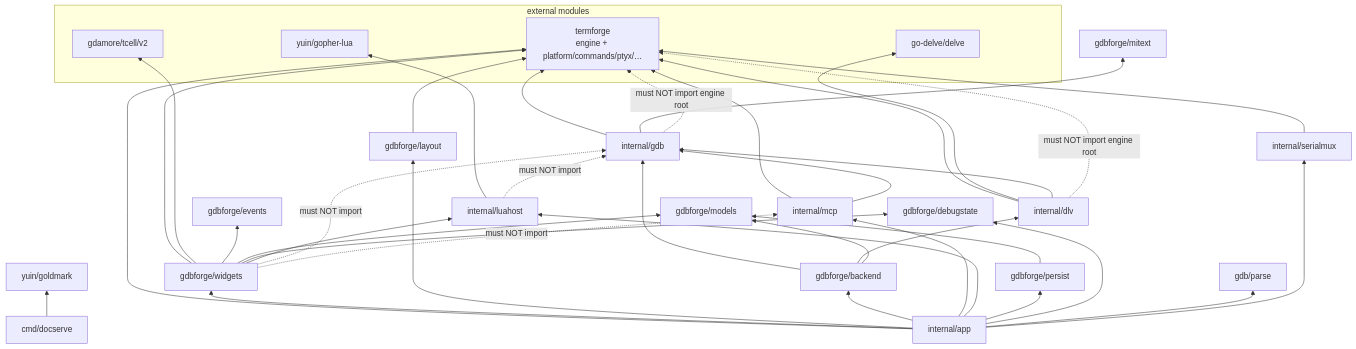
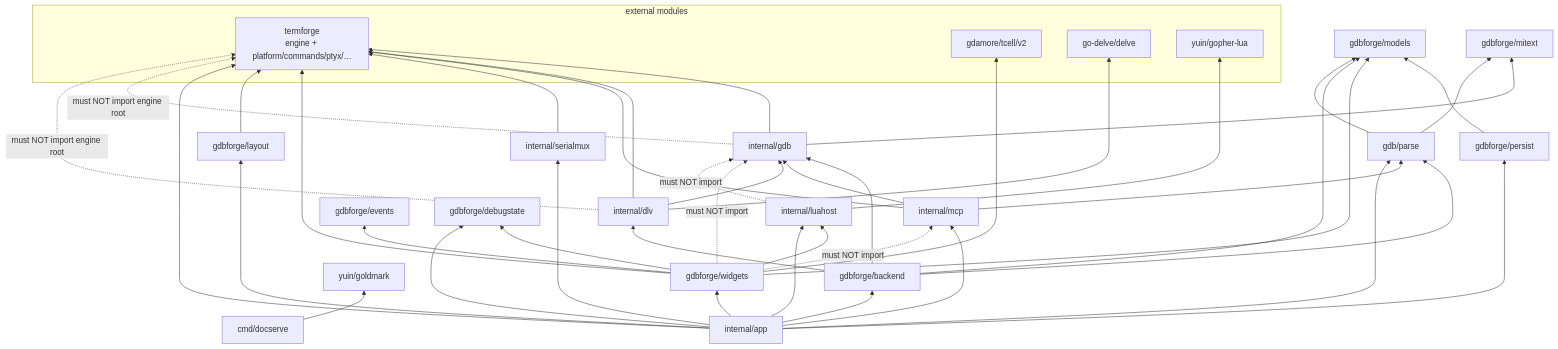
Before and after one commit to yairgd/gdbforge: the diagram in docs/DEPENDENCIES.md, drawn with Mermaid. The commit also changed other lines of this file and 1 other file, not shown here.

Commit message:
docs: changelog and dependency map for parse move and dead-code cleanup

````diff
--- a/docs/DEPENDENCIES.md
+++ b/docs/DEPENDENCIES.md
@@ -96,69 +96,73 @@
 ```mermaid
 flowchart BT
     subgraph External["external modules"]
         termforge["termforge<br/>engine + platform/commands/ptyx/…"]
         tcell["gdamore/tcell/v2"]
         delve["go-delve/delve"]
         lua["yuin/gopher-lua"]
     end
 
     gdb["internal/gdb"]
     dlv["internal/dlv"]
     mcp["internal/mcp"]
     luahost["internal/luahost"]
     serialmux["internal/serialmux"]
 
     models["gdbforge/models"]
     mitext["gdbforge/mitext"]
     parse["gdb/parse"]
     events["gdbforge/events"]
     debugstate["gdbforge/debugstate"]
     backend["gdbforge/backend"]
     widgets["gdbforge/widgets"]
     layoutpkg["gdbforge/layout"]
     persist["gdbforge/persist"]
 
     app["internal/app"]
     docserve["cmd/docserve"]
 
     gdb --> termforge
     dlv --> termforge
     dlv --> delve
     mcp --> termforge
     luahost --> lua
     serialmux --> termforge
     persist --> models
 
     widgets --> termforge
     widgets --> tcell
     widgets --> events
     widgets --> models
     widgets --> debugstate
     widgets --> luahost
     layoutpkg --> termforge
     backend --> gdb
     backend --> dlv
     backend --> models
     gdb --> mitext
+    parse --> models
+    parse --> mitext
+    backend --> parse
     mcp --> gdb
+    mcp --> parse
     dlv --> gdb
 
     app --> termforge
     app --> widgets
     app --> layoutpkg
     app --> backend
     app --> mcp
     app --> luahost
     app --> persist
     app --> debugstate
     app --> parse
     app --> serialmux
 
     docserve --> goldmark["yuin/goldmark"]
 
     gdb -.->|"must NOT import engine root"| termforge
     dlv -.->|"must NOT import engine root"| termforge
     widgets -.->|"must NOT import"| gdb
     widgets -.->|"must NOT import"| mcp
     luahost -.->|"must NOT import"| gdb
 ```
````
